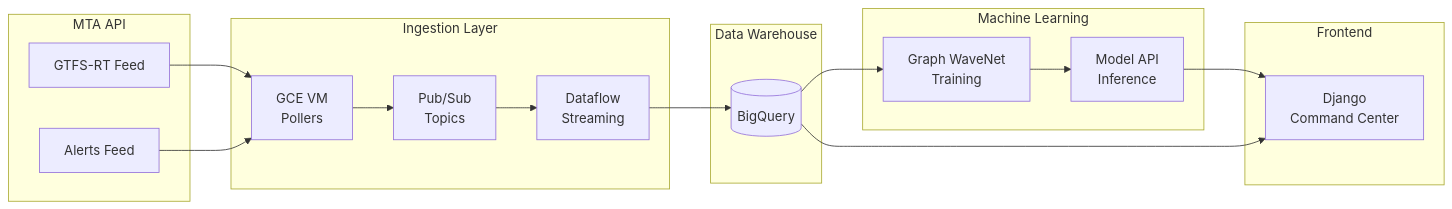
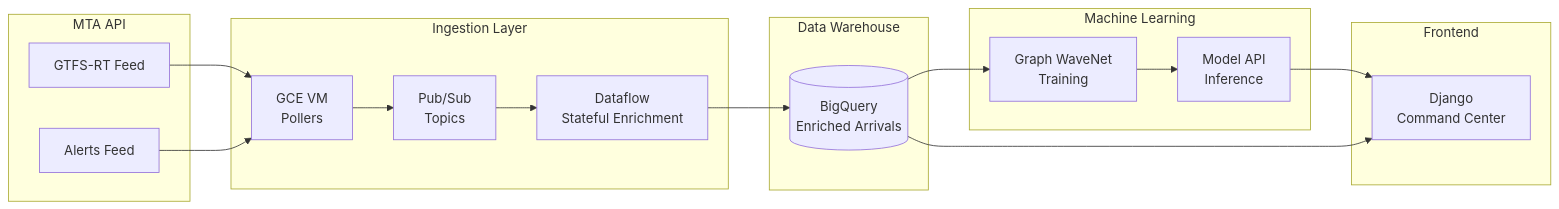
The diagram in README.md (DanHerman212/graph_wavenet), drawn with Mermaid before and after one commit. The commit also changed other lines of this file and 5 other files, not shown here.

````diff
--- a/README.md
+++ b/README.md
@@ -74,36 +77,36 @@
 ```mermaid
 flowchart LR
     subgraph MTA["MTA API"]
         GTFS[GTFS-RT Feed]
         Alerts[Alerts Feed]
     end
 
     subgraph Ingestion["Ingestion Layer"]
         VM[GCE VM<br/>Pollers]
         PS[Pub/Sub<br/>Topics]
-        DF[Dataflow<br/>Streaming]
+        DF[Dataflow<br/>Stateful Enrichment]
     end
 
     subgraph Storage["Data Warehouse"]
-        BQ[(BigQuery)]
+        BQ[(BigQuery<br/>Enriched Arrivals)]
     end
 
     subgraph ML["Machine Learning"]
         GW[Graph WaveNet<br/>Training]
         API[Model API<br/>Inference]
     end
 
     subgraph UI["Frontend"]
         DJ[Django<br/>Command Center]
     end
 
     GTFS --> VM
     Alerts --> VM
     VM --> PS
     PS --> DF
     DF --> BQ
     BQ --> GW
     GW --> API
     API --> DJ
     BQ --> DJ
 ```
````
